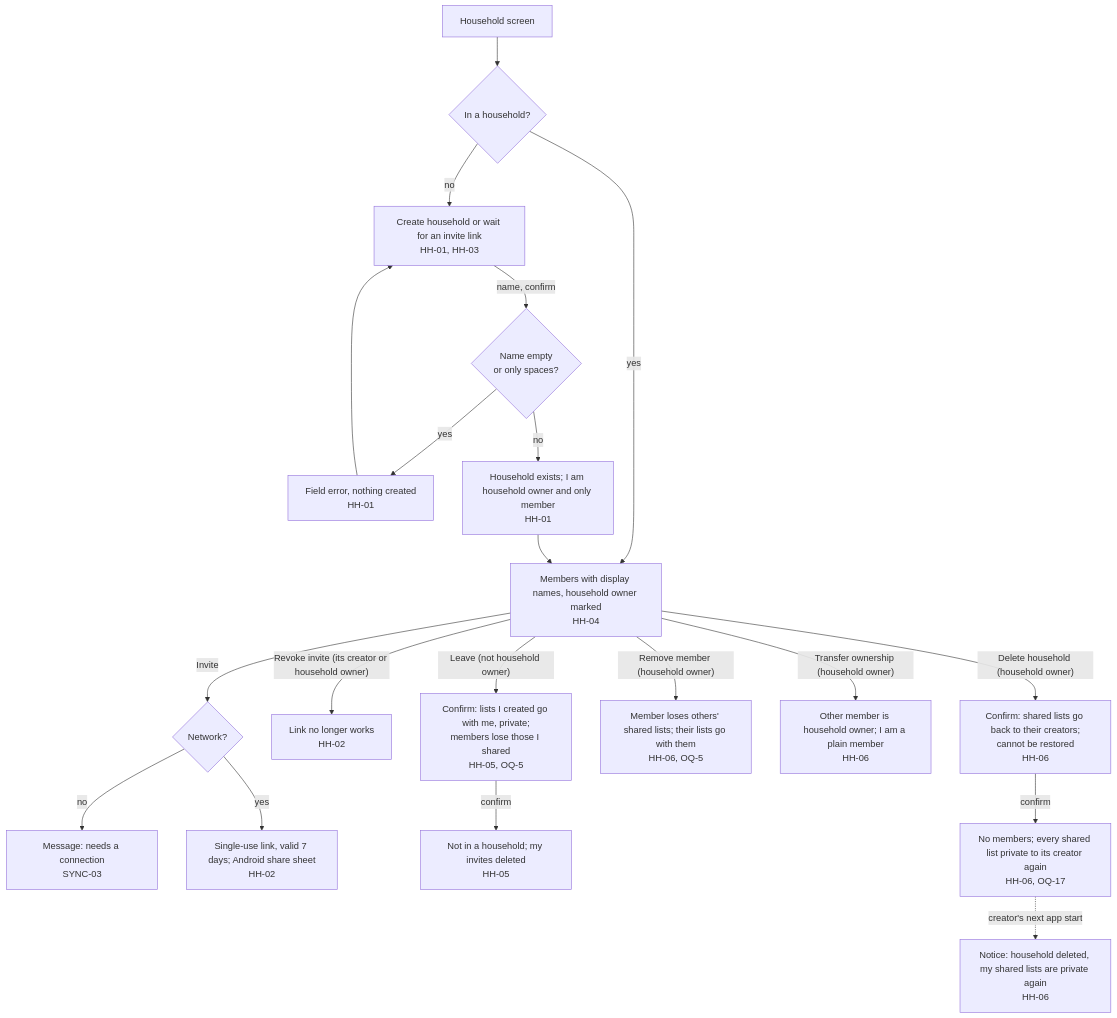
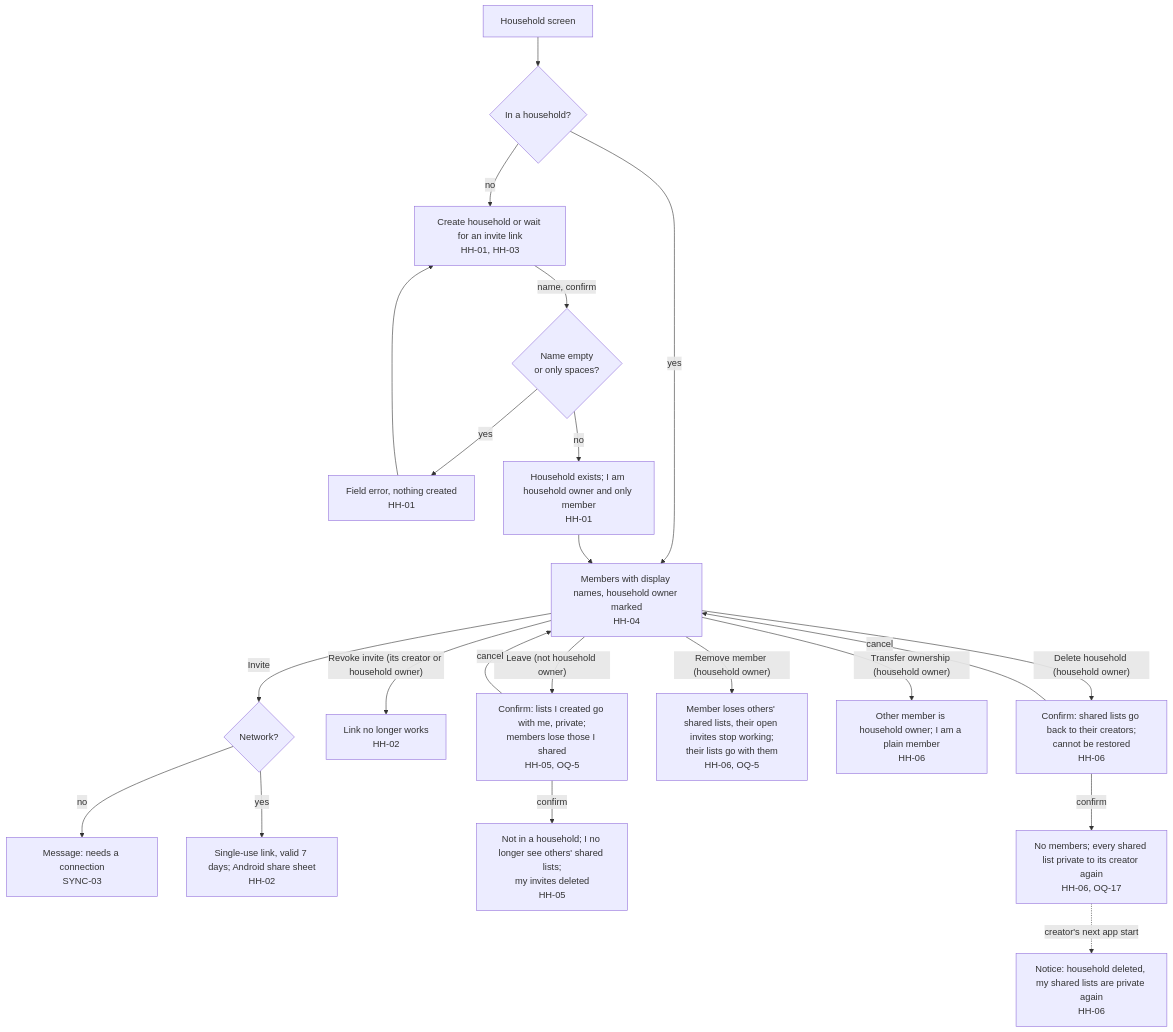
The third of 10 diagrams in docs/product/flow.md (bondo/listicles2), drawn with Mermaid before and after one commit. The commit also changed other lines of this file, not shown here.

````diff
--- a/docs/product/flow.md
+++ b/docs/product/flow.md
@@ -72,21 +76,23 @@
 ```mermaid
 flowchart TD
     hh["Household screen"] --> inhh{"In a household?"}
     inhh -- "no" --> offer["Create household or wait for an invite link<br>HH-01, HH-03"]
     offer -- "name, confirm" --> valid{"Name empty<br>or only spaces?"}
     valid -- "yes" --> nameerr["Field error, nothing created<br>HH-01"] --> offer
     valid -- "no" --> created["Household exists; I am household owner and only member<br>HH-01"]
     inhh -- "yes" --> members["Members with display names, household owner marked<br>HH-04"]
     created --> members
     members -- "Invite" --> inv{"Network?"}
     inv -- "no" --> invnet["Message: needs a connection<br>SYNC-03"]
     inv -- "yes" --> share["Single-use link, valid 7 days; Android share sheet<br>HH-02"]
     members -- "Revoke invite (its creator or household owner)" --> revoked["Link no longer works<br>HH-02"]
     members -- "Leave (not household owner)" --> leave["Confirm: lists I created go with me, private;<br>members lose those I shared<br>HH-05, OQ-5"]
-    leave -- "confirm" --> left["Not in a household; my invites deleted<br>HH-05"]
-    members -- "Remove member (household owner)" --> removed["Member loses others' shared lists; their lists go with them<br>HH-06, OQ-5"]
+    leave -- "cancel" --> members
+    leave -- "confirm" --> left["Not in a household; I no longer see others' shared lists;<br>my invites deleted<br>HH-05"]
+    members -- "Remove member (household owner)" --> removed["Member loses others' shared lists, their open invites stop working;<br>their lists go with them<br>HH-06, OQ-5"]
     members -- "Transfer ownership (household owner)" --> moved["Other member is household owner; I am a plain member<br>HH-06"]
     members -- "Delete household (household owner)" --> delc["Confirm: shared lists go back to their creators;<br>cannot be restored<br>HH-06"]
+    delc -- "cancel" --> members
     delc -- "confirm" --> deleted["No members; every shared list private to its creator again<br>HH-06, OQ-17"]
     deleted -. "creator's next app start" .-> notice["Notice: household deleted, my shared lists are private again<br>HH-06"]
 ```
````
